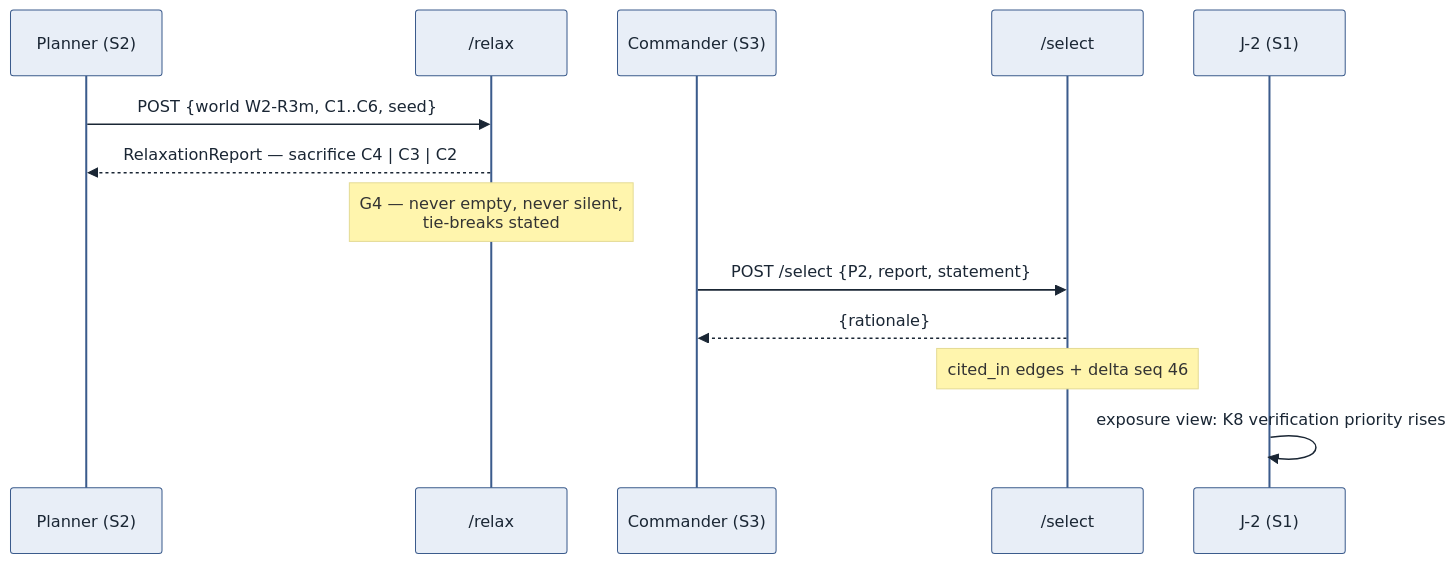
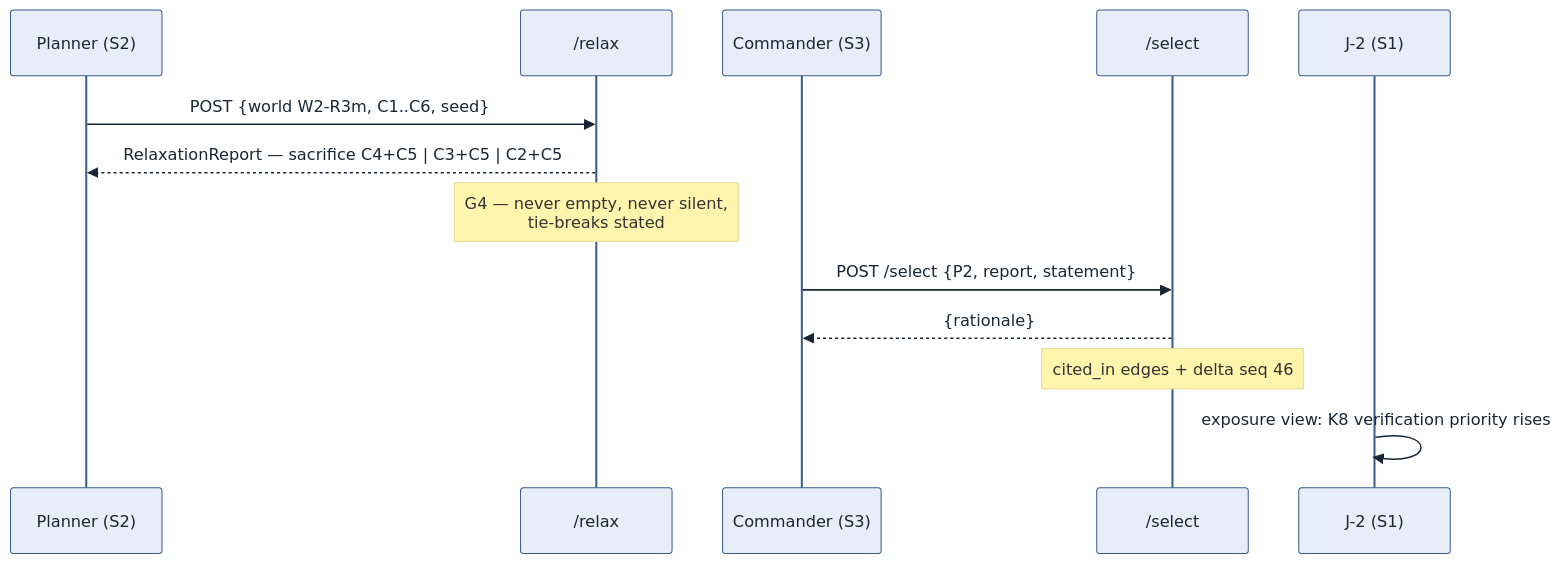
One commit to DeepBlueCLtd/assay changed the second of 2 diagrams in docs/assay-walkthrough.md. Above: the diagram before and after it, drawn with Mermaid. The commit also changed other lines of this file and 42 other files, not shown here.

````diff
--- a/docs/assay-walkthrough.md
+++ b/docs/assay-walkthrough.md
@@ -102,16 +102,16 @@
 ```mermaid
 %%{init: {'theme':'base','themeVariables':{'primaryColor':'#e8eef7','primaryBorderColor':'#3b5b8c','primaryTextColor':'#1a2634','lineColor':'#3b5b8c','fontSize':'13px'}}}%%
 sequenceDiagram
   participant PL as Planner (S2)
   participant R as /relax
   participant C as Commander (S3)
   participant S as /select
   participant J2 as J-2 (S1)
   PL->>R: POST {world W2-R3m, C1..C6, seed}
-  R-->>PL: RelaxationReport — sacrifice C4 | C3 | C2
+  R-->>PL: RelaxationReport — sacrifice C4+C5 | C3+C5 | C2+C5
   Note over R: G4 — never empty, never silent,<br/>tie-breaks stated
   C->>S: POST /select {P2, report, statement}
   S-->>C: {rationale}
   Note over S: cited_in edges + delta seq 46
   J2->>J2: exposure view: K8 verification priority rises
 ```
````
